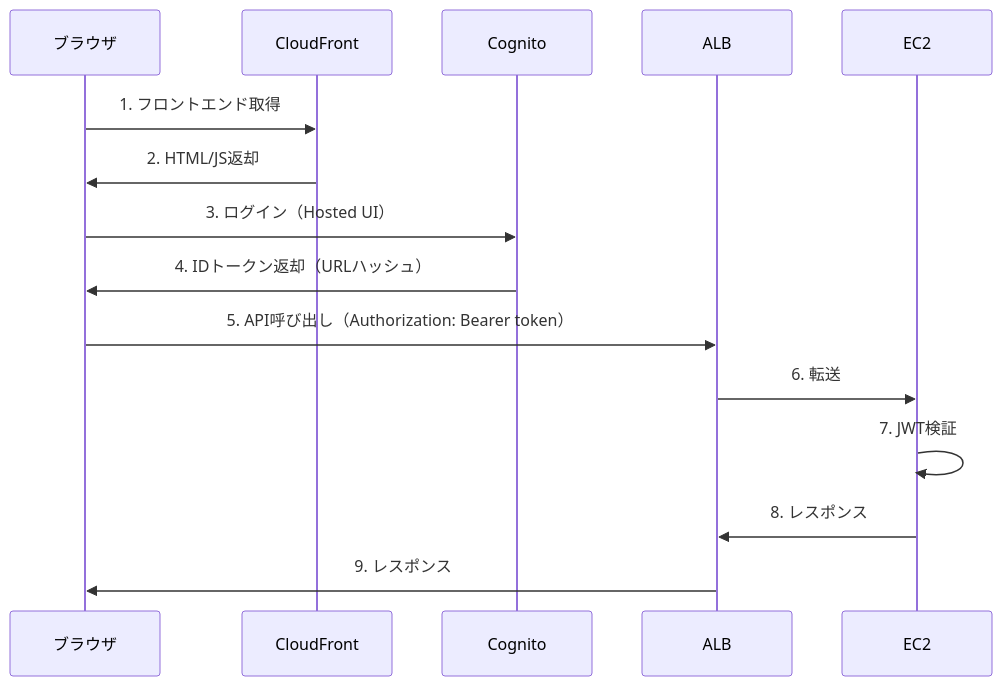
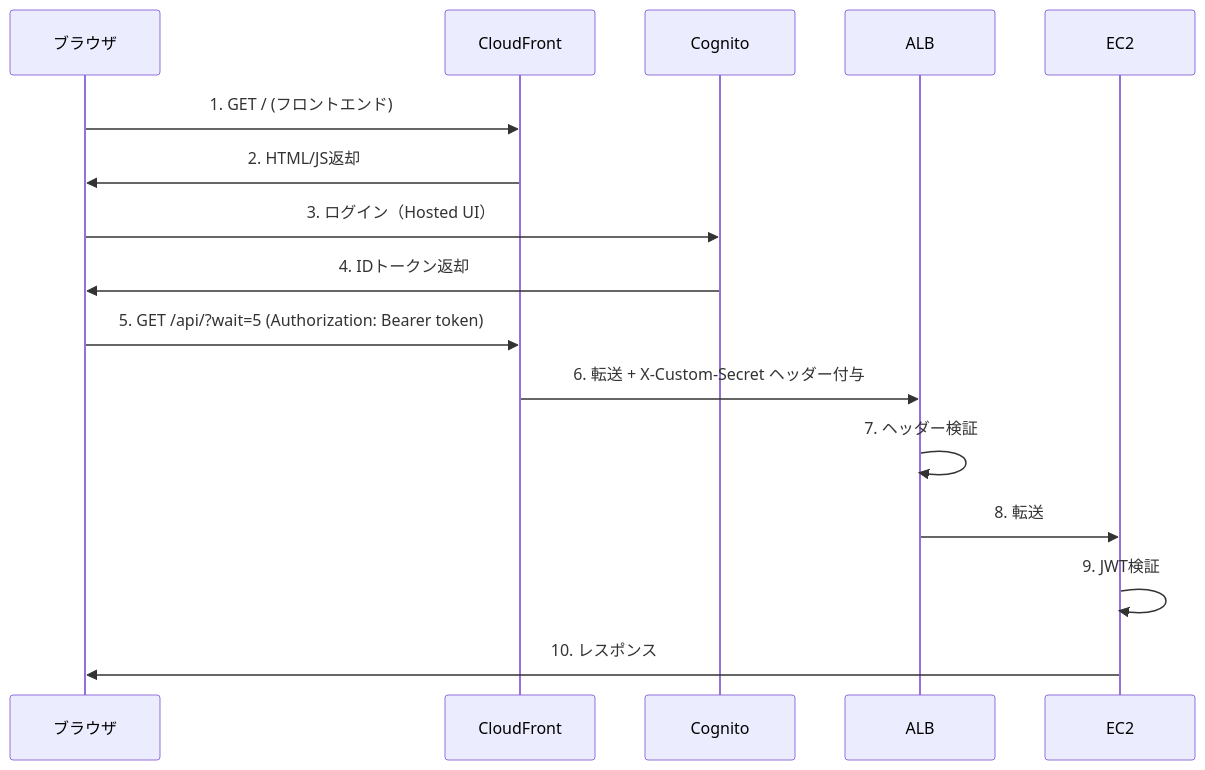
Before and after one commit to TORIFUKUKaiou/alb-cognito-demo: the diagram in README.md, drawn with Mermaid. The commit also changed other lines of this file and 2 other files, not shown here.

Commit message:
Add CloudFront custom header validation for ALB

````diff
--- a/README.md
+++ b/README.md
@@ -13,18 +20,19 @@
 ```mermaid
 sequenceDiagram
     participant Browser as ブラウザ
     participant CloudFront
     participant Cognito
     participant ALB
     participant EC2
 
-    Browser->>CloudFront: 1. フロントエンド取得
+    Browser->>CloudFront: 1. GET / (フロントエンド)
     CloudFront->>Browser: 2. HTML/JS返却
     Browser->>Cognito: 3. ログイン（Hosted UI）
-    Cognito->>Browser: 4. IDトークン返却（URLハッシュ）
-    Browser->>ALB: 5. API呼び出し（Authorization: Bearer token）
-    ALB->>EC2: 6. 転送
-    EC2->>EC2: 7. JWT検証
-    EC2->>ALB: 8. レスポンス
-    ALB->>Browser: 9. レスポンス
+    Cognito->>Browser: 4. IDトークン返却
+    Browser->>CloudFront: 5. GET /api/?wait=5 (Authorization: Bearer token)
+    CloudFront->>ALB: 6. 転送 + X-Custom-Secret ヘッダー付与
+    ALB->>ALB: 7. ヘッダー検証
+    ALB->>EC2: 8. 転送
+    EC2->>EC2: 9. JWT検証
+    EC2->>Browser: 10. レスポンス
 ```
````
